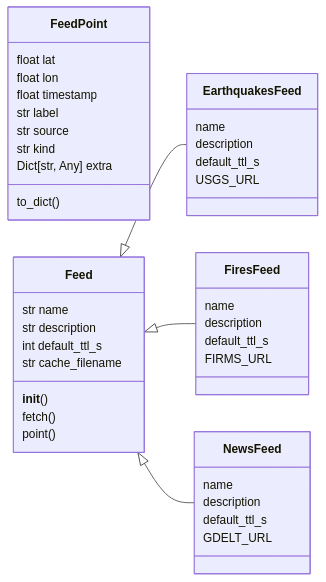
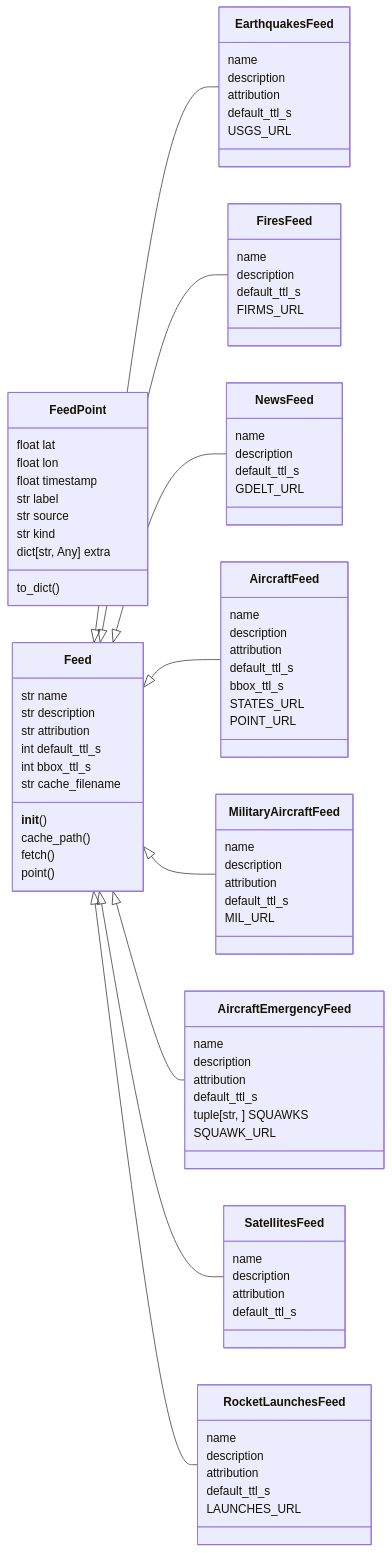
Before and after one commit to grisuno/estorides: the first of 2 diagrams in readmenator-apidocs/modules/estorides_core.feeds.py.md, drawn with Mermaid. The commit also changed other lines of this file and 184 other files, not shown here.

````diff
--- a/readmenator-apidocs/modules/estorides_core.feeds.py.md
+++ b/readmenator-apidocs/modules/estorides_core.feeds.py.md
@@ -36,39 +36,80 @@
 ```mermaid
 classDiagram
     direction LR
     class FeedPoint
     FeedPoint : float lat
     FeedPoint : float lon
     FeedPoint : float timestamp
     FeedPoint : str label
     FeedPoint : str source
     FeedPoint : str kind
-    FeedPoint : Dict[str, Any] extra
+    FeedPoint : dict[str, Any] extra
     FeedPoint : to_dict()
     class Feed
     Feed : str name
     Feed : str description
+    Feed : str attribution
     Feed : int default_ttl_s
+    Feed : int bbox_ttl_s
     Feed : str cache_filename
     Feed : __init__()
+    Feed : cache_path()
     Feed : fetch()
     Feed : point()
     class EarthquakesFeed
     EarthquakesFeed : name
     EarthquakesFeed : description
+    EarthquakesFeed : attribution
     EarthquakesFeed : default_ttl_s
     EarthquakesFeed : USGS_URL
     class FiresFeed
     FiresFeed : name
     FiresFeed : description
     FiresFeed : default_ttl_s
     FiresFeed : FIRMS_URL
     class NewsFeed
     NewsFeed : name
     NewsFeed : description
     NewsFeed : default_ttl_s
     NewsFeed : GDELT_URL
+    class AircraftFeed
+    AircraftFeed : name
+    AircraftFeed : description
+    AircraftFeed : attribution
+    AircraftFeed : default_ttl_s
+    AircraftFeed : bbox_ttl_s
+    AircraftFeed : STATES_URL
+    AircraftFeed : POINT_URL
+    class MilitaryAircraftFeed
+    MilitaryAircraftFeed : name
+    MilitaryAircraftFeed : description
+    MilitaryAircraftFeed : attribution
+    MilitaryAircraftFeed : default_ttl_s
+    MilitaryAircraftFeed : MIL_URL
+    class AircraftEmergencyFeed
+    AircraftEmergencyFeed : name
+    AircraftEmergencyFeed : description
+    AircraftEmergencyFeed : attribution
+    AircraftEmergencyFeed : default_ttl_s
+    AircraftEmergencyFeed : tuple[str, ] SQUAWKS
+    AircraftEmergencyFeed : SQUAWK_URL
+    class SatellitesFeed
+    SatellitesFeed : name
+    SatellitesFeed : description
+    SatellitesFeed : attribution
+    SatellitesFeed : default_ttl_s
+    class RocketLaunchesFeed
+    RocketLaunchesFeed : name
+    RocketLaunchesFeed : description
+    RocketLaunchesFeed : attribution
+    RocketLaunchesFeed : default_ttl_s
+    RocketLaunchesFeed : LAUNCHES_URL
     Feed <|-- EarthquakesFeed
     Feed <|-- FiresFeed
     Feed <|-- NewsFeed
+    Feed <|-- AircraftFeed
+    Feed <|-- MilitaryAircraftFeed
+    Feed <|-- AircraftEmergencyFeed
+    Feed <|-- SatellitesFeed
+    Feed <|-- RocketLaunchesFeed
 ```
````
